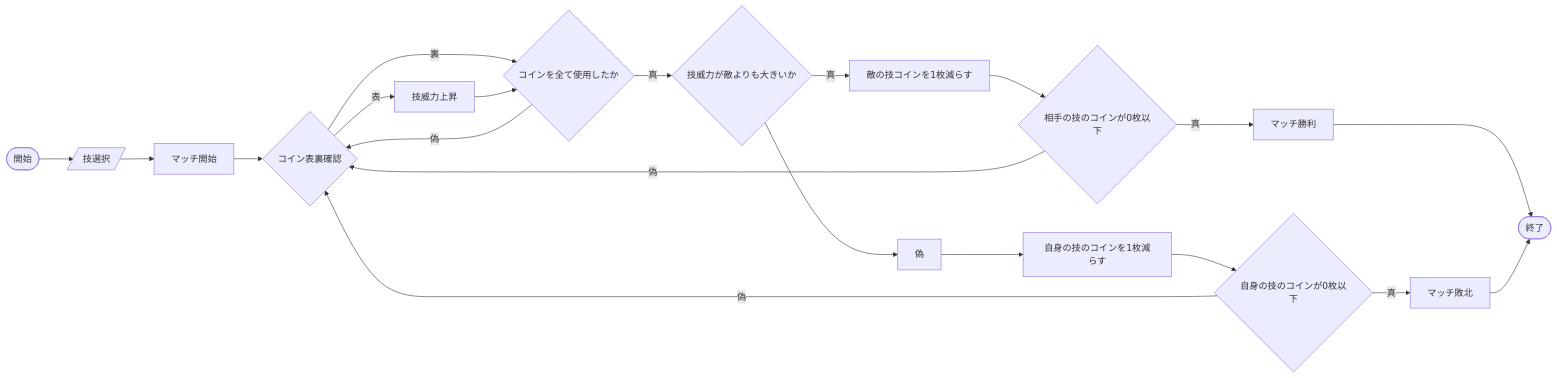
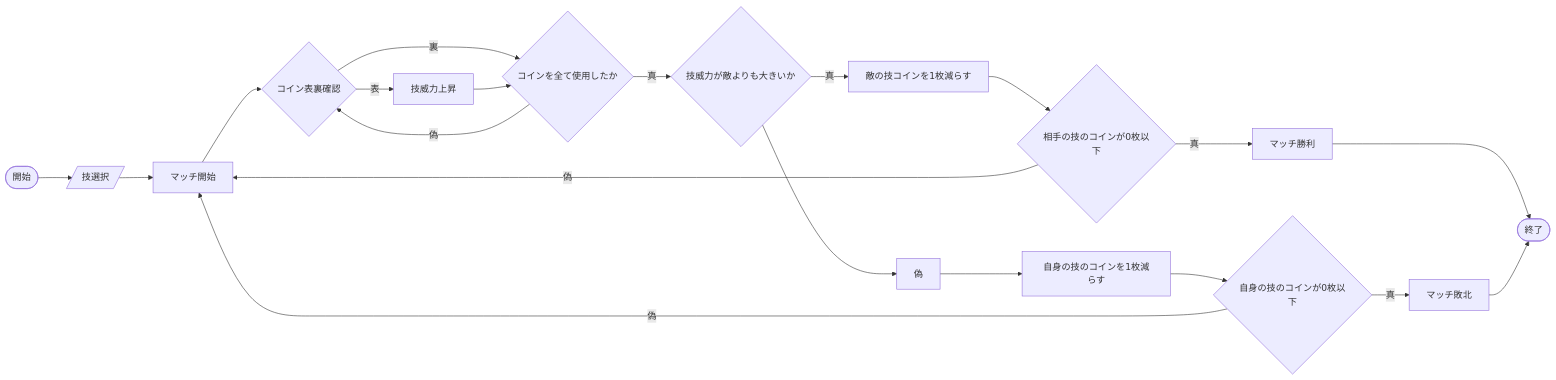
The first of 3 diagrams in README.md (tpu-game-2023/mermaid_test), drawn with Mermaid before and after one commit.

Commit message:
見取り図微調整

````diff
--- a/README.md
+++ b/README.md
@@ -20,21 +20,21 @@
 ```mermaid
 flowchart LR;
    A([開始]) --> B[/技選択/];
    B --> C[マッチ開始];
    C --> D{コイン表裏確認};
    D --表-->E[技威力上昇];
    D --裏--> F{コインを全て使用したか};
    E-->F;
    F--真-->G{技威力が敵よりも大きいか};
    F--偽-->D;
    G--真-->H[敵の技コインを1枚減らす];
    G-->偽-->I[自身の技のコインを1枚減らす];
    H-->J{相手の技のコインが0枚以下};
    I-->K{自身の技のコインが0枚以下};
    J--真-->L[マッチ勝利];
-   J--偽-->D;
+   J--偽-->C;
    K--真-->M[マッチ敗北];
-   K--偽-->D;
+   K--偽-->C;
    L-->N([終了]);
    M-->N;
 ```
````
